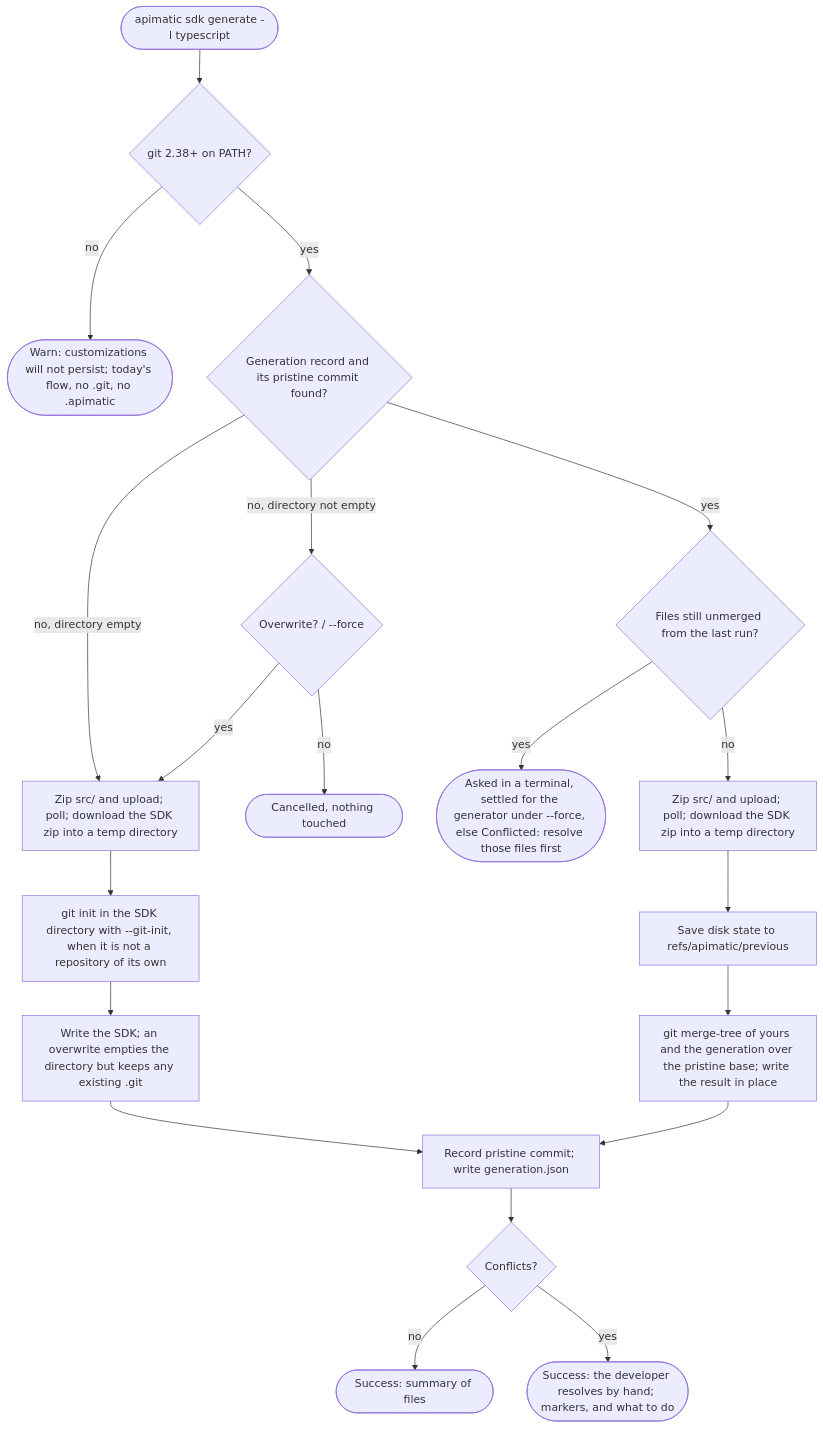
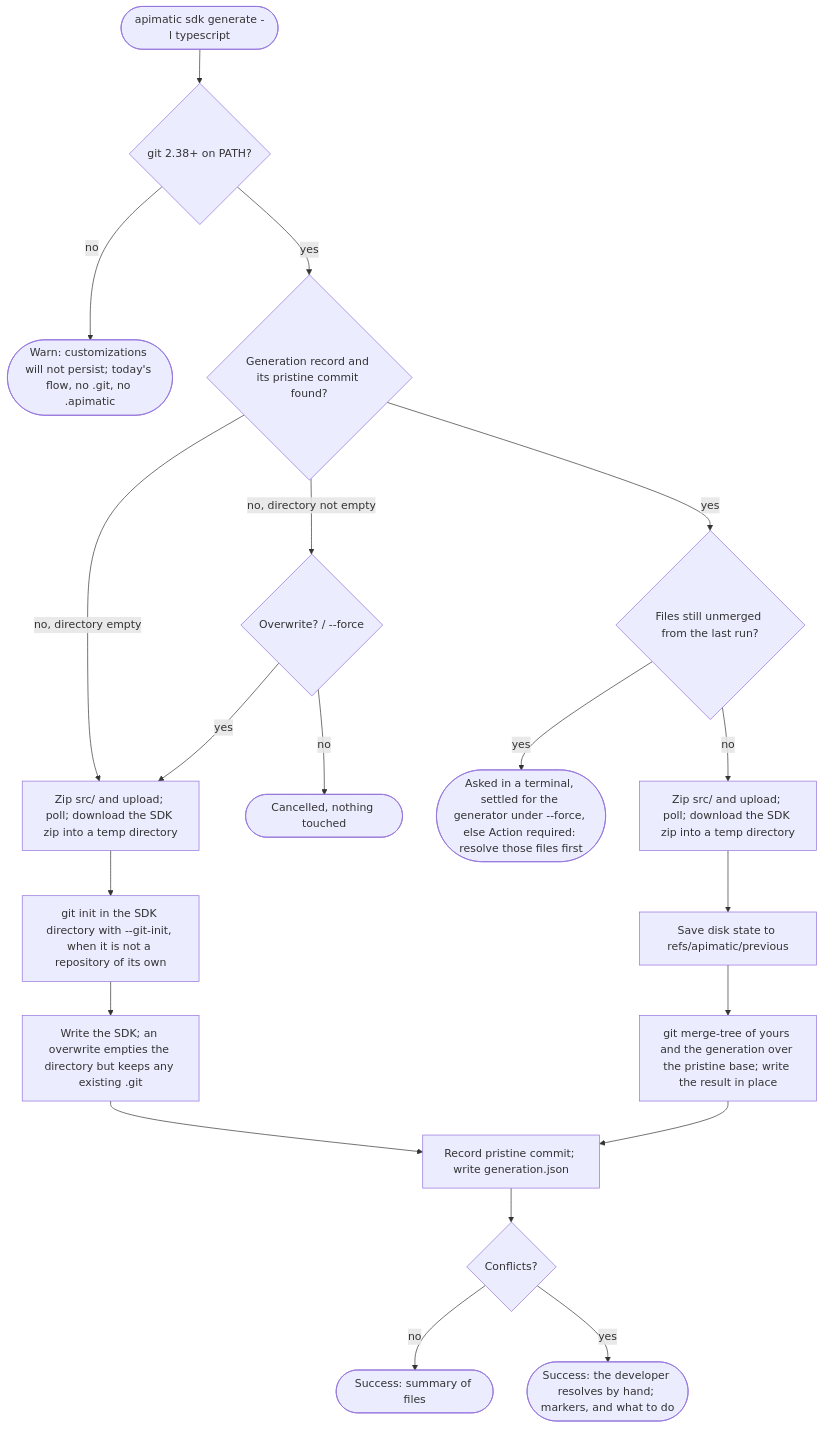
The first of 2 diagrams in .ai/plans/custom-code.md (apimatic/apimatic-cli), drawn with Mermaid before and after one commit. The commit also changed other lines of this file and 11 other files, not shown here.

First line of the commit message:
feat(sdk): name the yellow end state Action required

````diff
--- a/.ai/plans/custom-code.md
+++ b/.ai/plans/custom-code.md
@@ -176,22 +176,22 @@
 ```mermaid
 flowchart TD
   A([apimatic sdk generate -l typescript]) --> V{git 2.38+ on PATH?}
   V -- no --> V1([Warn: customizations will not persist; today's flow, no .git, no .apimatic])
   V -- yes --> D{Generation record and its pristine commit found?}
   D -- no, directory empty --> C1
   D -- no, directory not empty --> F{Overwrite? / --force}
   F -- no --> X([Cancelled, nothing touched])
   F -- yes --> C1[Zip src/ and upload; poll; download the SDK zip into a temp directory]
   C1 --> R1[git init in the SDK directory with --git-init, when it is not a repository of its own]
   R1 --> E[Write the SDK; an overwrite empties the directory but keeps any existing .git]
   D -- yes --> G{Files still unmerged from the last run?}
-  G -- yes --> Y([Asked in a terminal, settled for the generator under --force, else Conflicted: resolve those files first])
+  G -- yes --> Y([Asked in a terminal, settled for the generator under --force, else Action required: resolve those files first])
   G -- no --> C2[Zip src/ and upload; poll; download the SDK zip into a temp directory]
   C2 --> H[Save disk state to refs/apimatic/previous]
   H --> I[git merge-tree of yours and the generation over the pristine base; write the result in place]
   E --> J[Record pristine commit; write generation.json]
   I --> J
   J --> K{Conflicts?}
   K -- no --> S([Success: summary of files])
   K -- yes --> T([Success: the developer resolves by hand; markers, and what to do])
 ```
````
